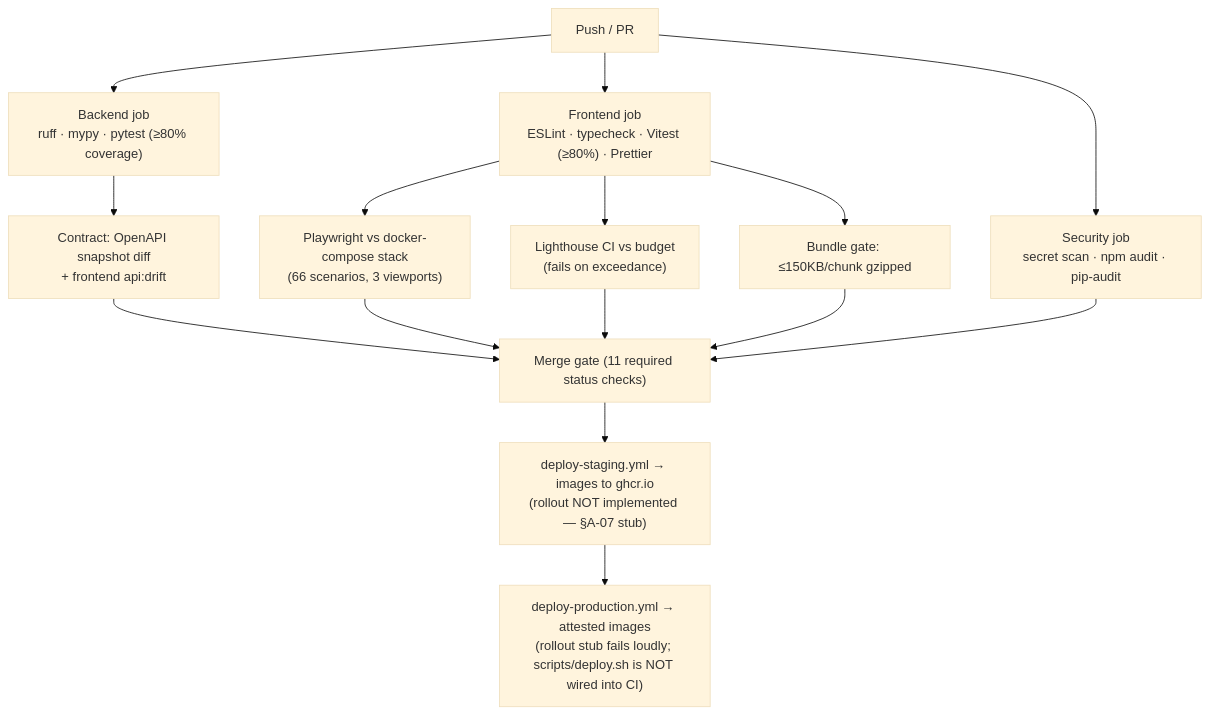
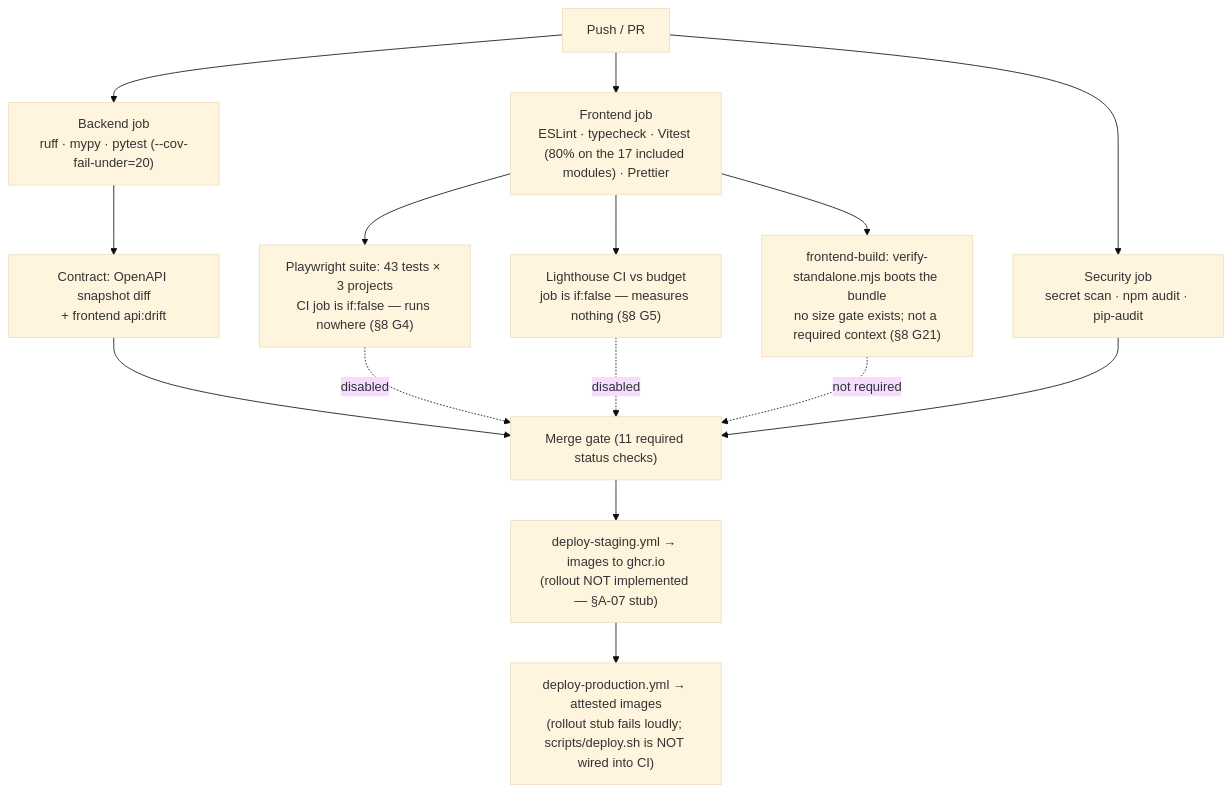
One commit to jolarca-dev/jolarca changed the diagram in docs/TESTING_STRATEGY.md. Above: the diagram before and after it, drawn with Mermaid (base theme). The commit also changed other lines of this file and 19 other files, not shown here.

````diff
--- a/docs/TESTING_STRATEGY.md
+++ b/docs/TESTING_STRATEGY.md
@@ -54,17 +76,17 @@
 ```mermaid
 flowchart TD
-    PR["Push / PR"] --> BE["Backend job<br/>ruff · mypy · pytest (≥80% coverage)"]
-    PR --> FE["Frontend job<br/>ESLint · typecheck · Vitest (≥80%) · Prettier"]
+    PR["Push / PR"] --> BE["Backend job<br/>ruff · mypy · pytest (--cov-fail-under=20)"]
+    PR --> FE["Frontend job<br/>ESLint · typecheck · Vitest (80% on the 17 included modules) · Prettier"]
     PR --> SEC["Security job<br/>secret scan · npm audit · pip-audit"]
     BE --> CT["Contract: OpenAPI snapshot diff<br/>+ frontend api:drift"]
-    FE --> E2E["Playwright vs docker-compose stack<br/>(66 scenarios, 3 viewports)"]
-    FE --> LH["Lighthouse CI vs budget<br/>(fails on exceedance)"]
-    FE --> BA["Bundle gate: ≤150KB/chunk gzipped"]
+    FE --> E2E["Playwright suite: 43 tests × 3 projects<br/>CI job is if:false — runs nowhere (§8 G4)"]
+    FE --> LH["Lighthouse CI vs budget<br/>job is if:false — measures nothing (§8 G5)"]
+    FE --> BA["frontend-build: verify-standalone.mjs boots the bundle<br/>no size gate exists; not a required context (§8 G21)"]
     CT --> MERGE["Merge gate (11 required status checks)"]
-    E2E --> MERGE
-    LH --> MERGE
-    BA --> MERGE
+    E2E -.->|disabled| MERGE
+    LH -.->|disabled| MERGE
+    BA -.->|not required| MERGE
     SEC --> MERGE
     MERGE --> STG["deploy-staging.yml → images to ghcr.io<br/>(rollout NOT implemented — §A-07 stub)"]
     STG --> PROD["deploy-production.yml → attested images<br/>(rollout stub fails loudly; scripts/deploy.sh is NOT wired into CI)"]
 ```
````
